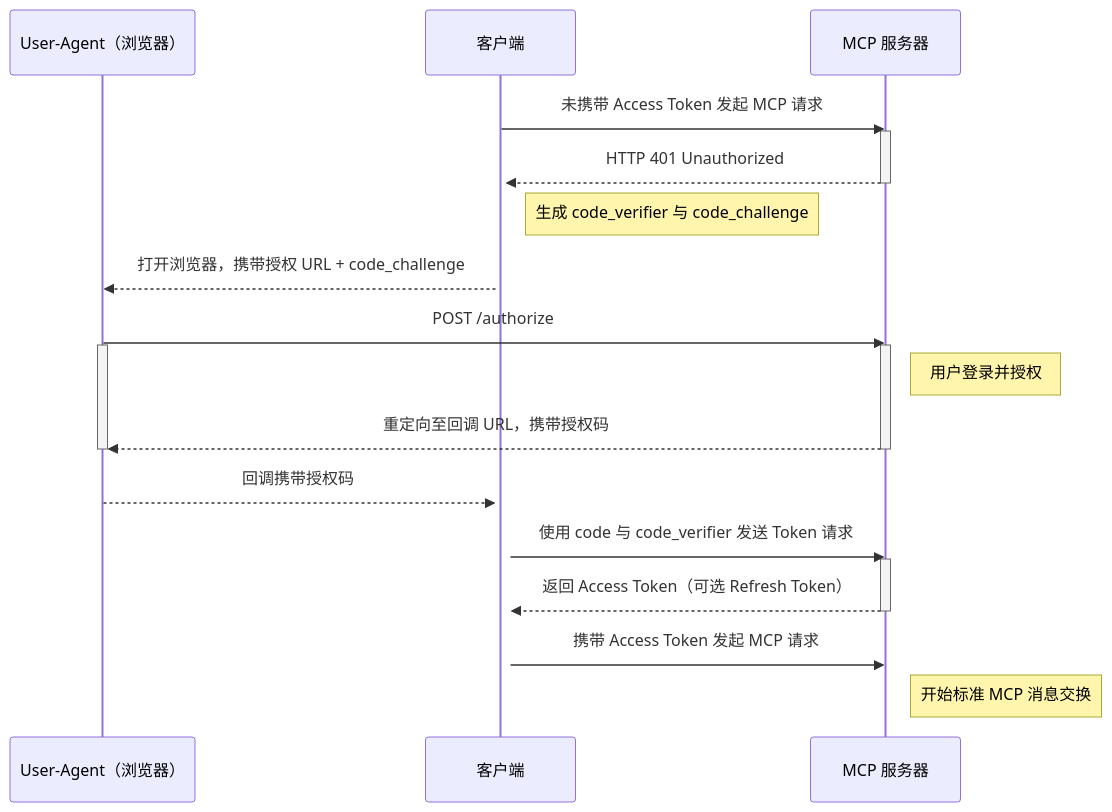
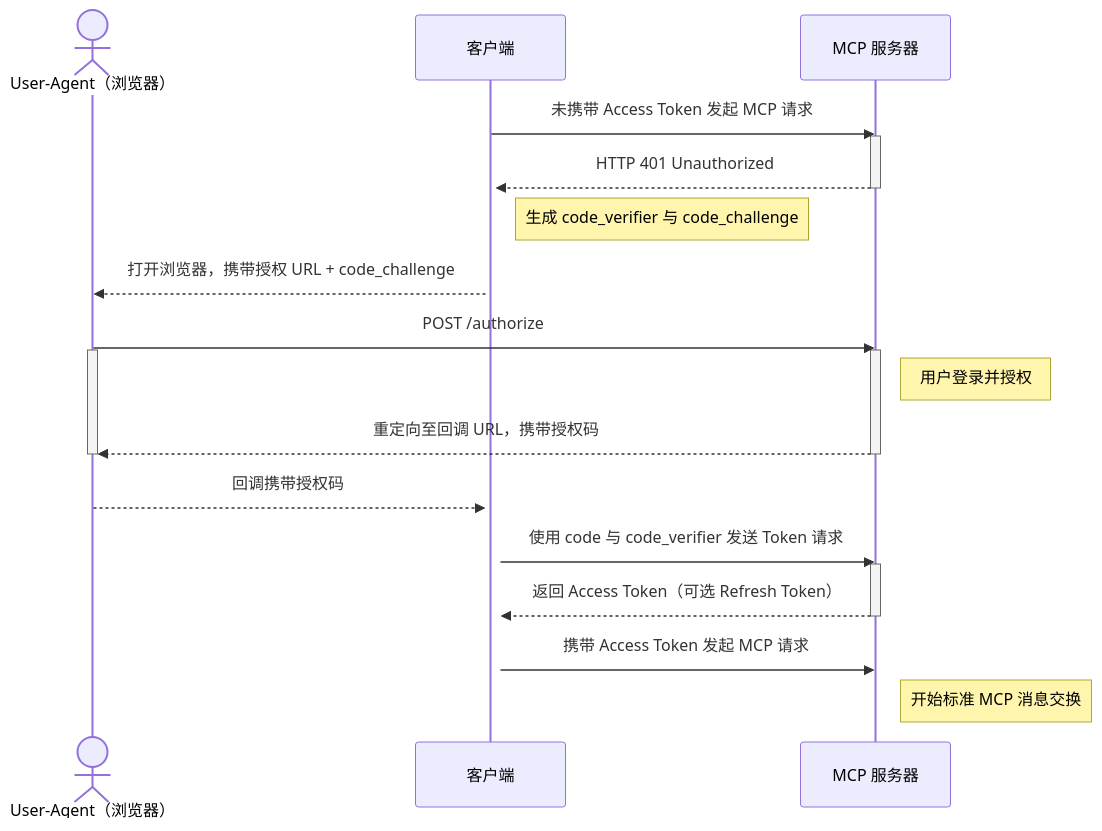
Before and after one commit to heliannuuthus/heliannuuthus.github.io: the first of 2 diagrams in blog/2025-04/mcp.mdx, drawn with Mermaid. The commit also changed other lines of this file and 23 other files, not shown here.

````diff
--- a/blog/2025-04/mcp.mdx
+++ b/blog/2025-04/mcp.mdx
@@ -103,39 +114,39 @@
 ```mermaid
 sequenceDiagram
-    participant UA as User-Agent（浏览器）
+    actor UA as User-Agent（浏览器）
     participant Client as 客户端
     participant MCP as MCP 服务器
 
     Client->>MCP: 未携带 Access Token 发起 MCP 请求
     activate Client
     activate MCP
     MCP-->>Client: HTTP 401 Unauthorized
     deactivate MCP
 
     Note right of Client: 生成 code_verifier 与 code_challenge
 
     Client-->>UA: 打开浏览器，携带授权 URL + code_challenge
 
     UA->>MCP: POST /authorize
     activate UA
     activate MCP
 
     Note right of MCP: 用户登录并授权
 
     MCP-->>UA: 重定向至回调 URL，携带授权码
     deactivate MCP
     deactivate UA
 
     UA-->>Client: 回调携带授权码
     activate Client
 
     Client->>MCP: 使用 code 与 code_verifier 发送 Token 请求
     activate MCP
     MCP-->>Client: 返回 Access Token（可选 Refresh Token）
     deactivate MCP
 
     Client->>MCP: 携带 Access Token 发起 MCP 请求
     activate MCP
 
     Note right of MCP: 开始标准 MCP 消息交换
 ```
````
